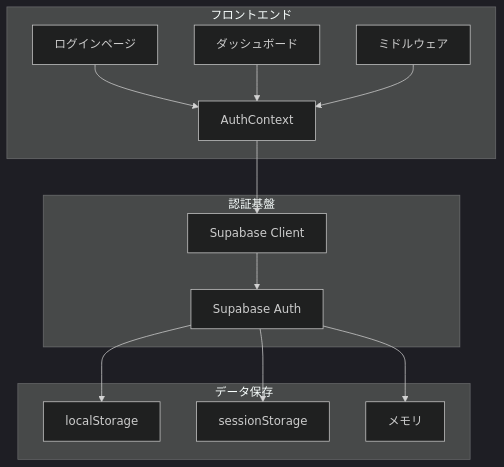
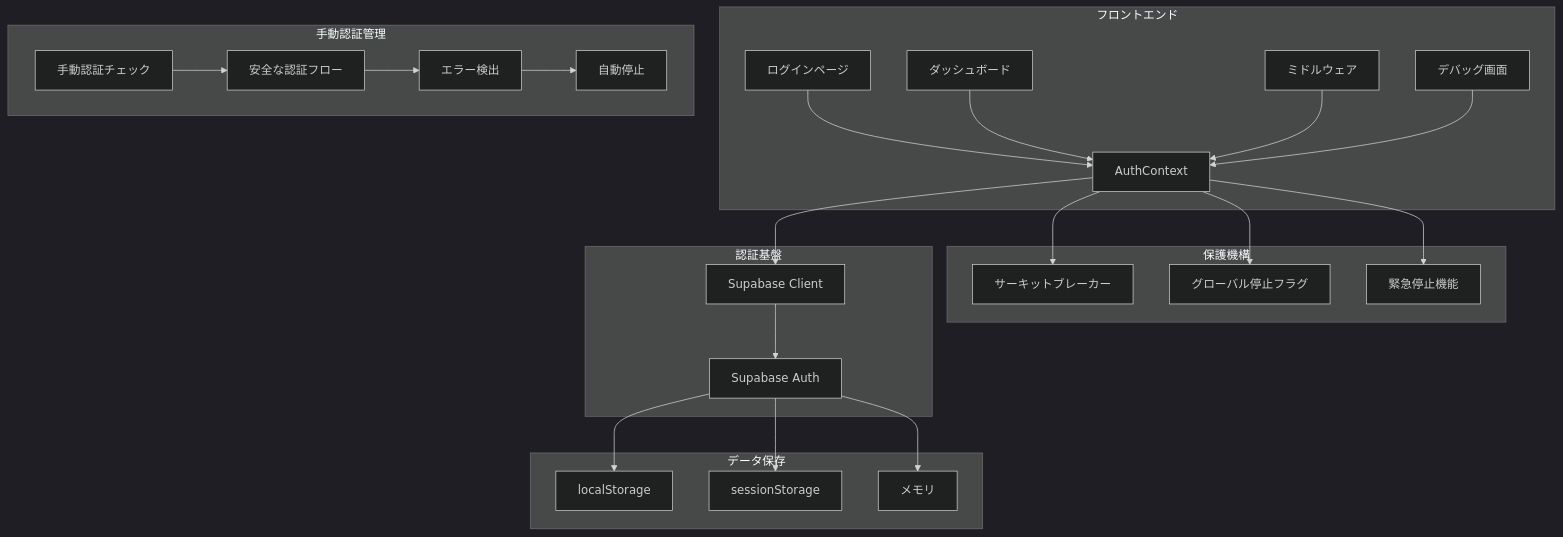
One commit to kojileo/coupleplan changed the first of 2 diagrams in Docs/認証システム設計書.md. Above: the diagram before and after it, drawn with Mermaid (dark theme). The commit also changed other lines of this file, not shown here.

````diff
--- a/Docs/認証システム設計書.md
+++ b/Docs/認証システム設計書.md
@@ -32,19 +33,32 @@
 ```mermaid
 graph TB
     subgraph "フロントエンド"
         A[ログインページ] --> B[AuthContext]
         C[ダッシュボード] --> B
         D[ミドルウェア] --> B
+        J[デバッグ画面] --> B
+    end
+
+    subgraph "保護機構"
+        B --> K[サーキットブレーカー]
+        B --> L[グローバル停止フラグ]
+        B --> M[緊急停止機能]
     end
 
     subgraph "認証基盤"
         B --> E[Supabase Client]
         E --> F[Supabase Auth]
     end
 
     subgraph "データ保存"
         F --> G[localStorage]
         F --> H[sessionStorage]
         F --> I[メモリ]
     end
+
+    subgraph "手動認証管理"
+        N[手動認証チェック] --> O[安全な認証フロー]
+        O --> P[エラー検出]
+        P --> Q[自動停止]
+    end
 ```
````
